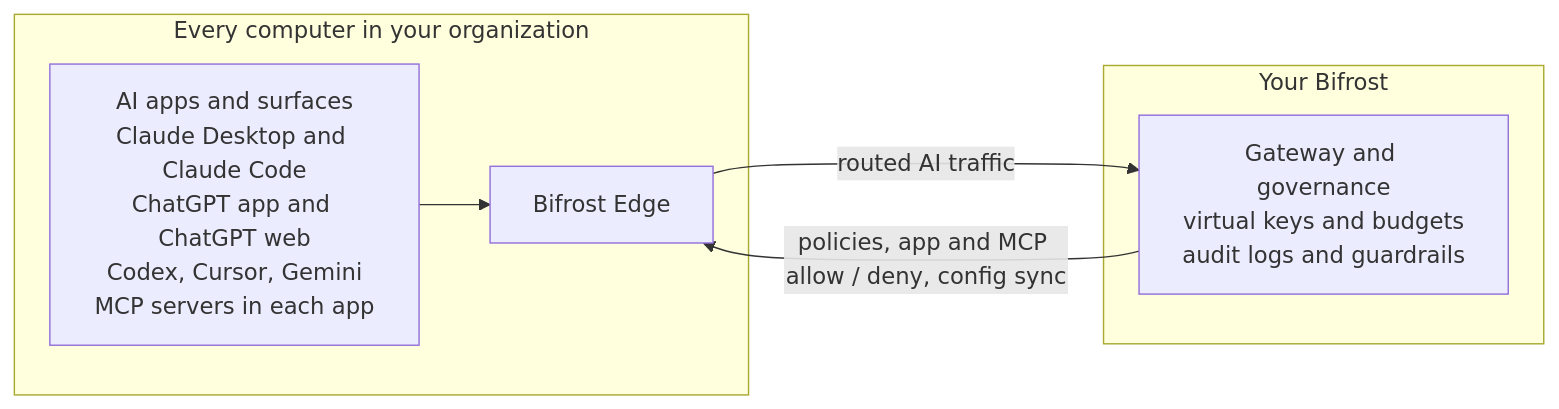
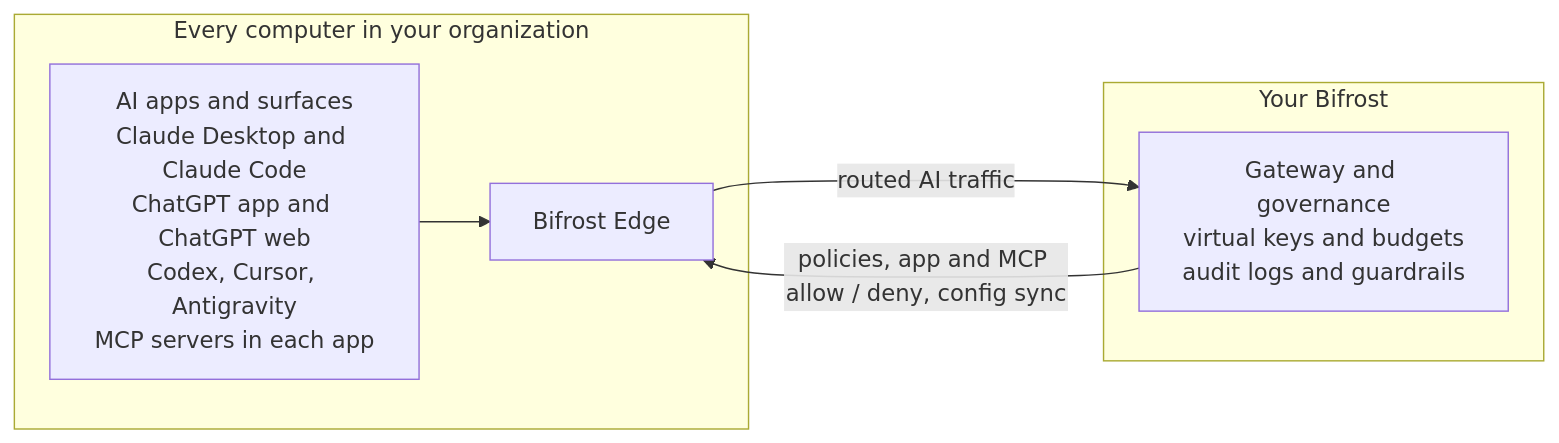
One commit to maximhq/bifrost changed the diagram in docs/edge/overview.mdx. Above: the diagram before and after it, drawn with Mermaid. The commit also changed 2 other files, not shown here.

Commit message:
edge supported apps updates

````diff
--- a/docs/edge/overview.mdx
+++ b/docs/edge/overview.mdx
@@ -19,15 +19,15 @@
 ```mermaid
 flowchart LR
     subgraph Laptop["Every computer in your organization"]
-        Apps["AI apps and surfaces<br/>Claude Desktop and Claude Code<br/>ChatGPT app and ChatGPT web<br/>Codex, Cursor, Gemini<br/>MCP servers in each app"]
+        Apps["AI apps and surfaces<br/>Claude Desktop and Claude Code<br/>ChatGPT app and ChatGPT web<br/>Codex, Cursor, Antigravity<br/>MCP servers in each app"]
         Edge["Bifrost Edge"]
         Apps --> Edge
     end
 
     subgraph Company["Your Bifrost"]
         GW["Gateway and governance<br/>virtual keys and budgets<br/>audit logs and guardrails"]
     end
 
     Edge -- "routed AI traffic" --> GW
     GW -- "policies, app and MCP allow / deny, config sync" --> Edge
 ```
````
